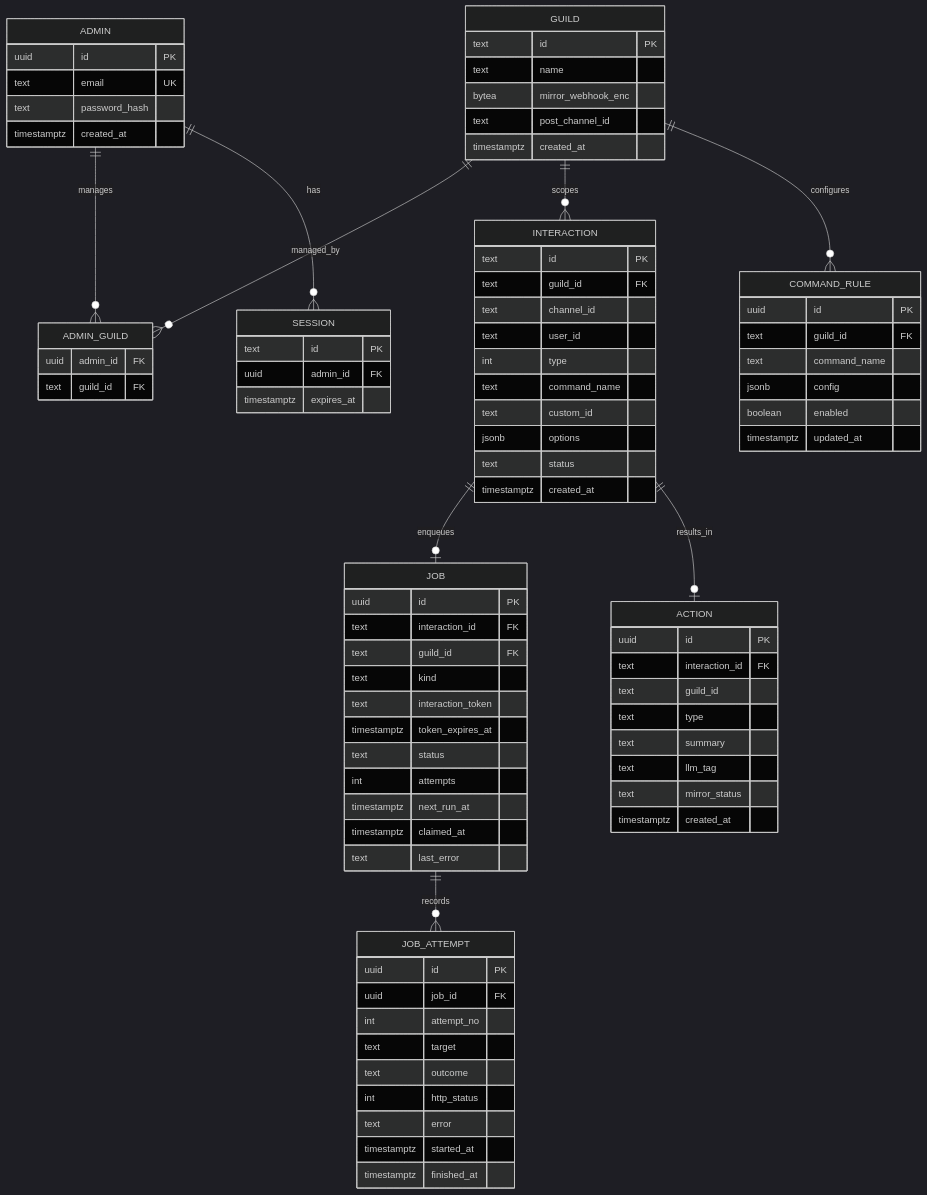
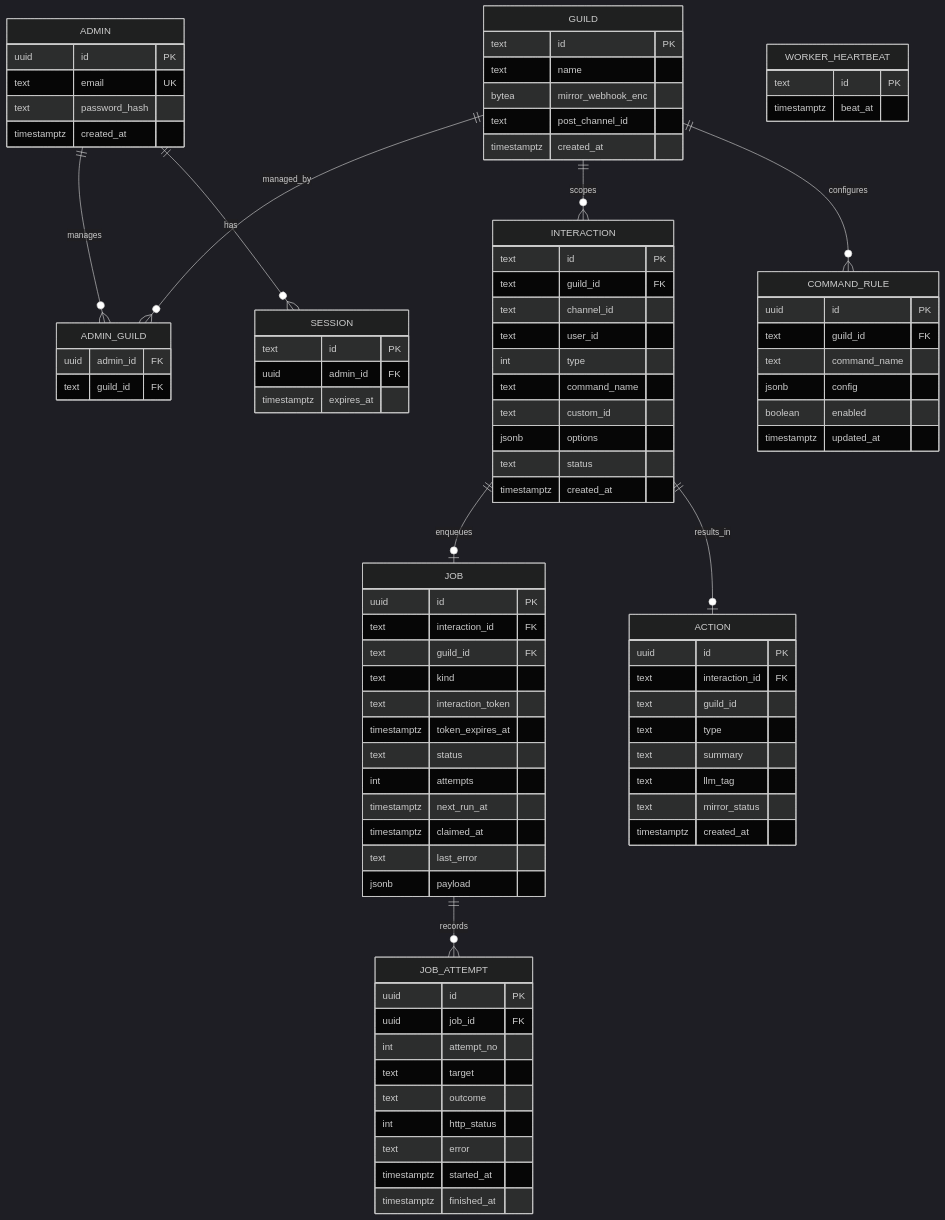
The sixth of 12 diagrams in architecture/docs/DESIGN.md (RohanUrankar/discord-report-line), drawn with Mermaid (dark theme) before and after one commit.

Commit message:
docs: design rev 5

```diff
--- a/architecture/docs/DESIGN.md
+++ b/architecture/docs/DESIGN.md
@@ -676,6 +676,11 @@
         timestamptz next_run_at
         timestamptz claimed_at
         text last_error
+        jsonb payload
+    }
+    WORKER_HEARTBEAT {
+        text id PK
+        timestamptz beat_at
     }
     JOB_ATTEMPT {
         uuid id PK
```
